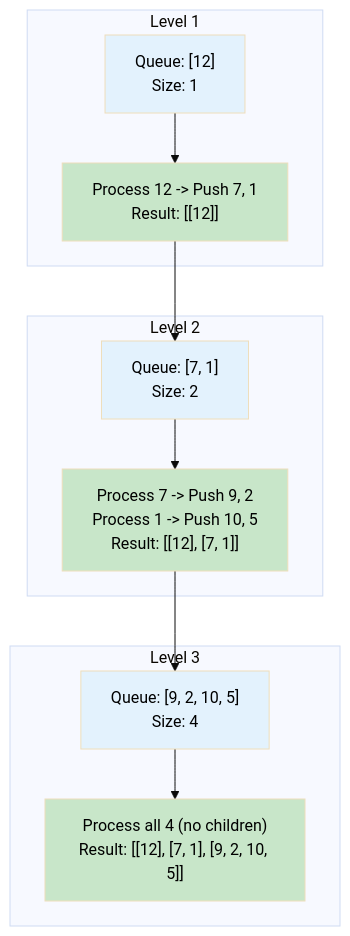
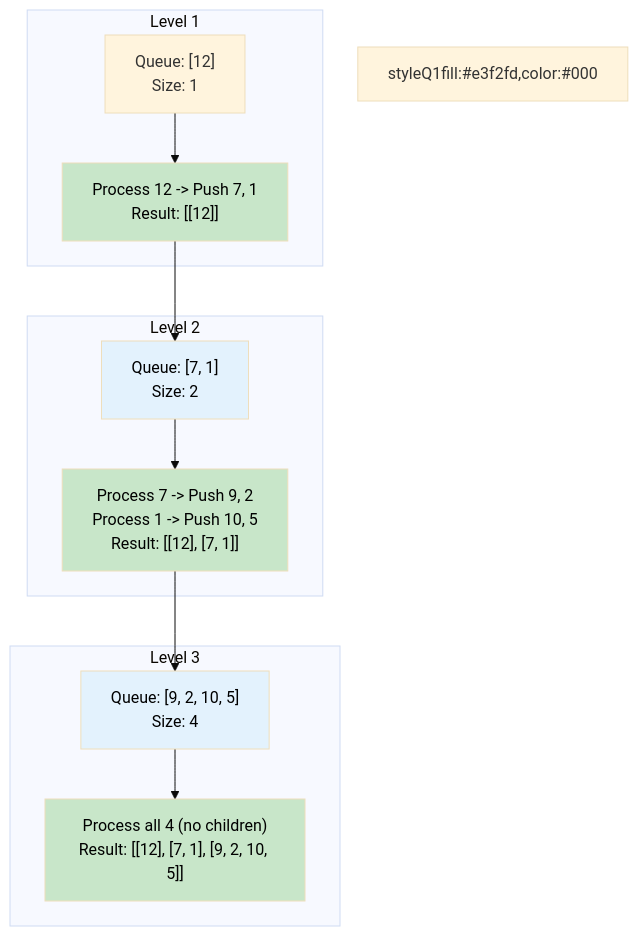
Before and after one commit to vadde/DSA: the diagram in 11 - Tree Breadth First Search/problem_01_binary_tree_level_order_traversal_walkthrough.md, drawn with Mermaid (base theme). The commit also changed 245 other files, not shown here.

First line of the commit message:
fix: Forensic fix of all Mermaid rendering issues across entire DSA repo + add pre-commit validation infrastructure

````diff
--- a/11 - Tree Breadth First Search/problem_01_binary_tree_level_order_traversal_walkthrough.md
+++ b/11 - Tree Breadth First Search/problem_01_binary_tree_level_order_traversal_walkthrough.md
@@ -72,30 +72,30 @@
 ```mermaid
 flowchart TD
-    subgraph Level 1
+    subgraph Level1 [Level 1]
         Q1["Queue: [12]\nSize: 1"]
         P1["Process 12 -> Push 7, 1\nResult: [[12]]"]
     end
     
-    subgraph Level 2
+    subgraph Level2 [Level 2]
         Q2["Queue: [7, 1]\nSize: 2"]
         P2["Process 7 -> Push 9, 2\nProcess 1 -> Push 10, 5\nResult: [[12], [7, 1]]"]
     end
     
-    subgraph Level 3
+    subgraph Level3 [Level 3]
         Q3["Queue: [9, 2, 10, 5]\nSize: 4"]
         P3["Process all 4 (no children)\nResult: [[12], [7, 1], [9, 2, 10, 5]]"]
     end
-    
-    Q1 --> P1
-    P1 --> Q2
+
+Q1 --> P1
+P1 --> Q2
     Q2 --> P2
-    P2 --> Q3
+P2 --> Q3
     Q3 --> P3
-    
-    style Q1 fill:#e3f2fd,color:#000
+
+styleQ1fill:#e3f2fd,color:#000
     style P1 fill:#c8e6c9,color:#000
     style Q2 fill:#e3f2fd,color:#000
     style P2 fill:#c8e6c9,color:#000
     style Q3 fill:#e3f2fd,color:#000
     style P3 fill:#c8e6c9,color:#000
 ```
````
